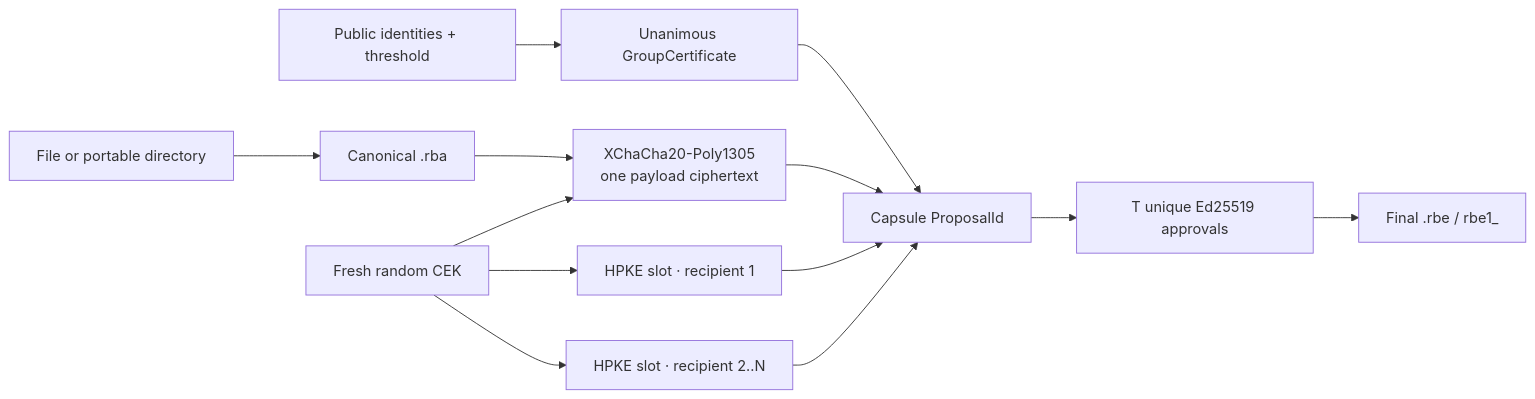
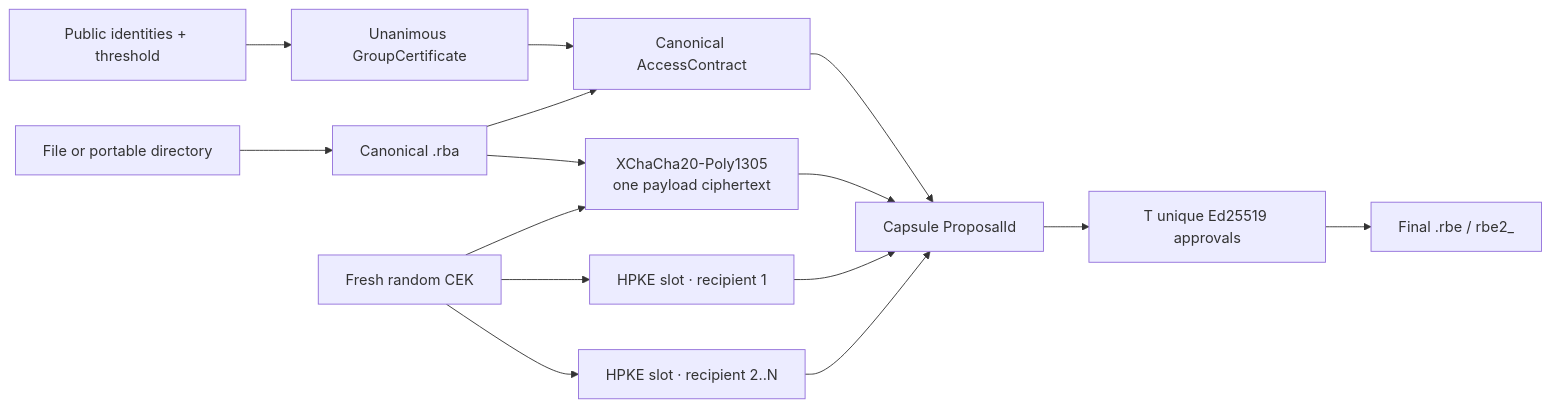
The fourth of 4 diagrams in docs/chain-architecture.md (pedro5g/Rebyte), drawn with Mermaid before and after one commit. The commit also changed other lines of this file and 17 other files, not shown here.

Commit message:
feat(chain): bind canonical access contracts

````diff
--- a/docs/chain-architecture.md
+++ b/docs/chain-architecture.md
@@ -196,16 +268,18 @@
 ```mermaid
 flowchart LR
     F[File or portable directory] --> A[Canonical .rba]
     A --> E[XChaCha20-Poly1305<br/>one payload ciphertext]
     K[Fresh random CEK] --> E
     K --> H1[HPKE slot · recipient 1]
     K --> H2[HPKE slot · recipient 2..N]
 
     P[Public identities + threshold] --> G[Unanimous GroupCertificate]
-    G --> Q[Capsule ProposalId]
+    G --> C[Canonical AccessContract]
+    A --> C
+    C --> Q[Capsule ProposalId]
     E --> Q
     H1 --> Q
     H2 --> Q
     Q --> S[T unique Ed25519 approvals]
-    S --> R[Final .rbe / rbe1_]
+    S --> R[Final .rbe / rbe2_]
 ```
````
